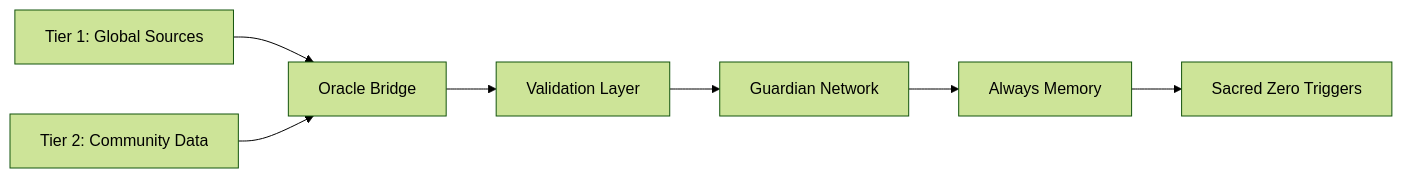
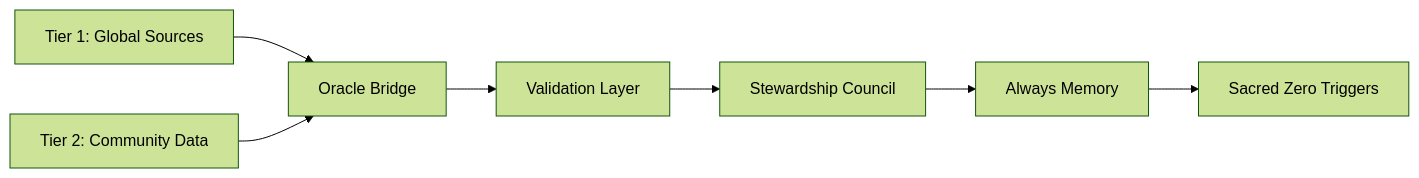
Before and after one commit to FractonicMind/TernaryMoralLogic: the diagram in docs/earth/ORACLE_BRIDGE.md, drawn with Mermaid (forest theme). The commit also changed other lines of this file, not shown here.

````diff
--- a/docs/earth/ORACLE_BRIDGE.md
+++ b/docs/earth/ORACLE_BRIDGE.md
@@ -11,9 +11,9 @@
 ```mermaid
 graph LR
     A[Tier 1: Global Sources] --> C[Oracle Bridge]
     B[Tier 2: Community Data] --> C
     C --> D[Validation Layer]
-    D --> E[Guardian Network]
+    D --> E[Stewardship Council]
     E --> F[Always Memory]
     F --> G[Sacred Zero Triggers]
 ```
````
